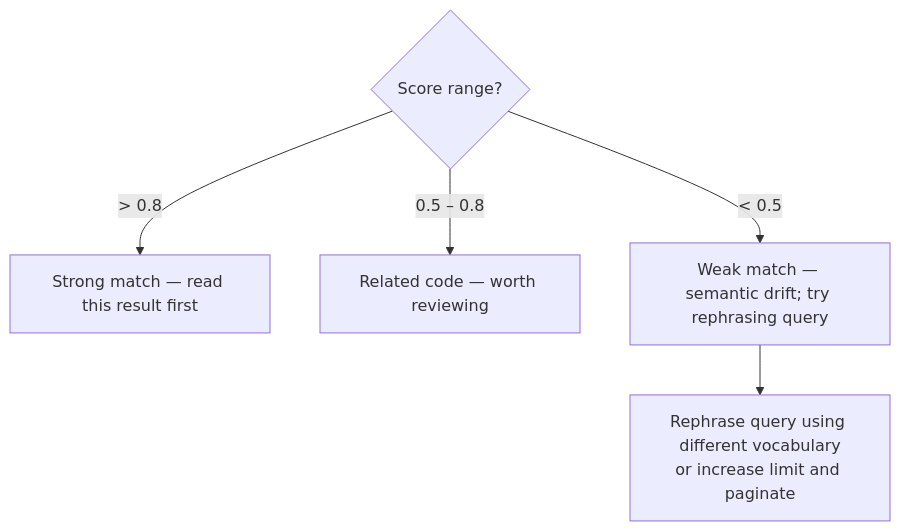
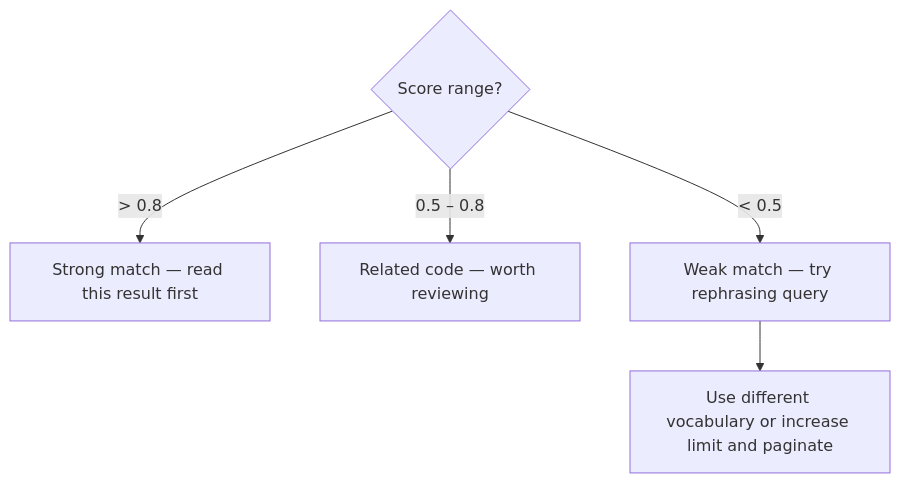
The diagram in plugins/python3-development/skills/semantic-code-search/SKILL.md (Jamie-BitFlight/claude_skills), drawn with Mermaid before and after one commit. The commit also changed other lines of this file and 1 other file, not shown here.

First line of the commit message:
refactor(semantic-code-search): strip fallback logic, dedup skill/agent, remove redundant JSON

````diff
--- a/plugins/python3-development/skills/semantic-code-search/SKILL.md
+++ b/plugins/python3-development/skills/semantic-code-search/SKILL.md
@@ -84,8 +54,8 @@
 ```mermaid
 flowchart TD
     Score{Score range?}
     Score -->|"> 0.8"| Strong["Strong match — read this result first"]
     Score -->|"0.5 – 0.8"| Related["Related code — worth reviewing"]
-    Score -->|"< 0.5"| Weak["Weak match — semantic drift; try rephrasing query"]
-    Weak --> Rephrase["Rephrase query using different vocabulary\nor increase limit and paginate"]
+    Score -->|"< 0.5"| Weak["Weak match — try rephrasing query"]
+    Weak --> Rephrase["Use different vocabulary or increase limit and paginate"]
 ```
````
